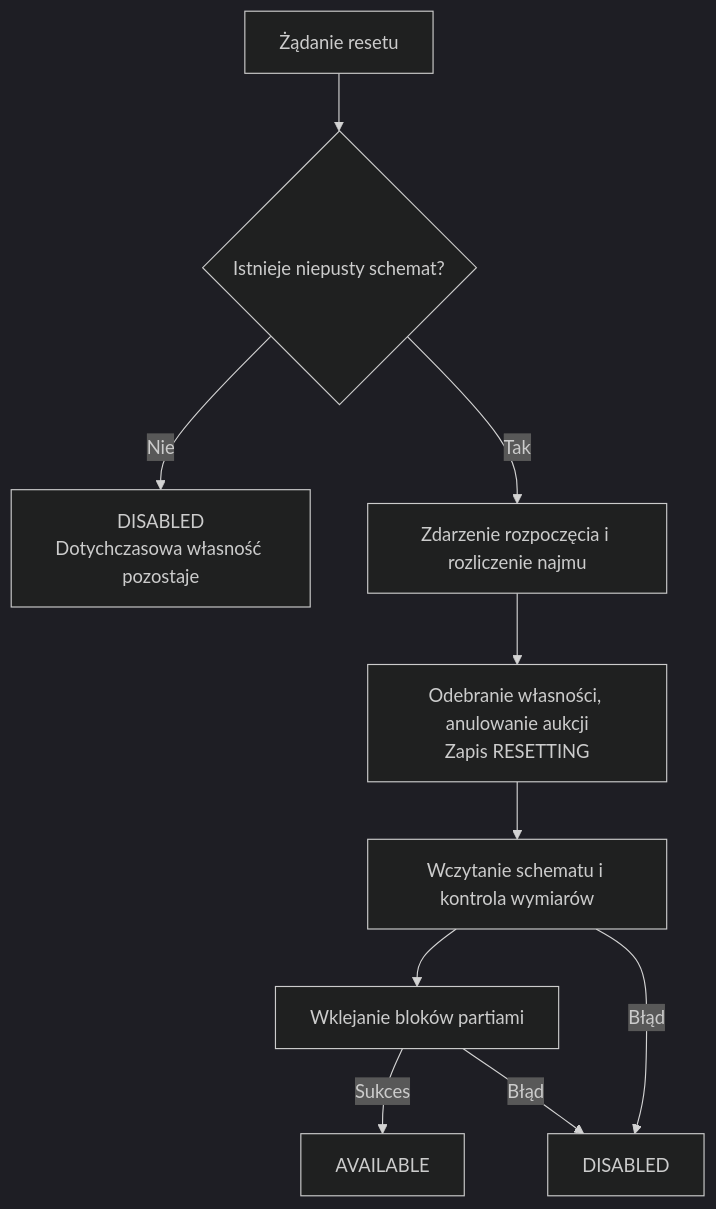
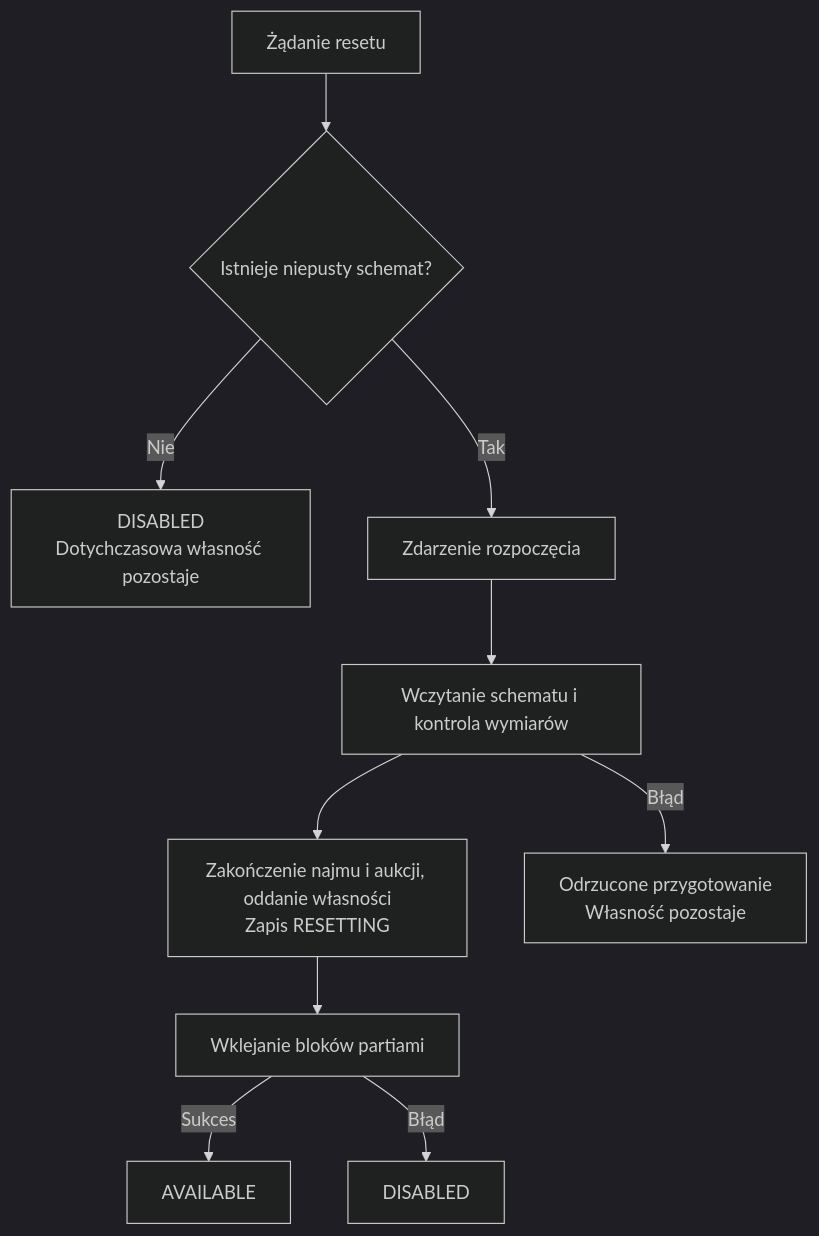
One commit to tenfajnybartek/riftPlots changed the diagram in docs/wiki/Schematy-i-reset.md. Above: the diagram before and after it, drawn with Mermaid (dark theme). The commit also changed other lines of this file and 137 other files, not shown here.

````diff
--- a/docs/wiki/Schematy-i-reset.md
+++ b/docs/wiki/Schematy-i-reset.md
@@ -29,12 +29,12 @@
 ```mermaid
 flowchart TD
     A["Żądanie resetu"] --> B{"Istnieje niepusty schemat?"}
     B -->|Nie| C["DISABLED<br/>Dotychczasowa własność pozostaje"]
-    B -->|Tak| D["Zdarzenie rozpoczęcia i rozliczenie najmu"]
-    D --> E["Odebranie własności, anulowanie aukcji<br/>Zapis RESETTING"]
-    E --> F["Wczytanie schematu i kontrola wymiarów"]
-    F --> G["Wklejanie bloków partiami"]
+    B -->|Tak| D["Zdarzenie rozpoczęcia"]
+    D --> F["Wczytanie schematu i kontrola wymiarów"]
+    F --> E["Zakończenie najmu i aukcji, oddanie własności<br/>Zapis RESETTING"]
+    E --> G["Wklejanie bloków partiami"]
     G -->|Sukces| H["AVAILABLE"]
-    F -->|Błąd| I["DISABLED"]
-    G -->|Błąd| I
+    F -->|Błąd| J["Odrzucone przygotowanie<br/>Własność pozostaje"]
+    G -->|Błąd| I["DISABLED"]
 ```
````
